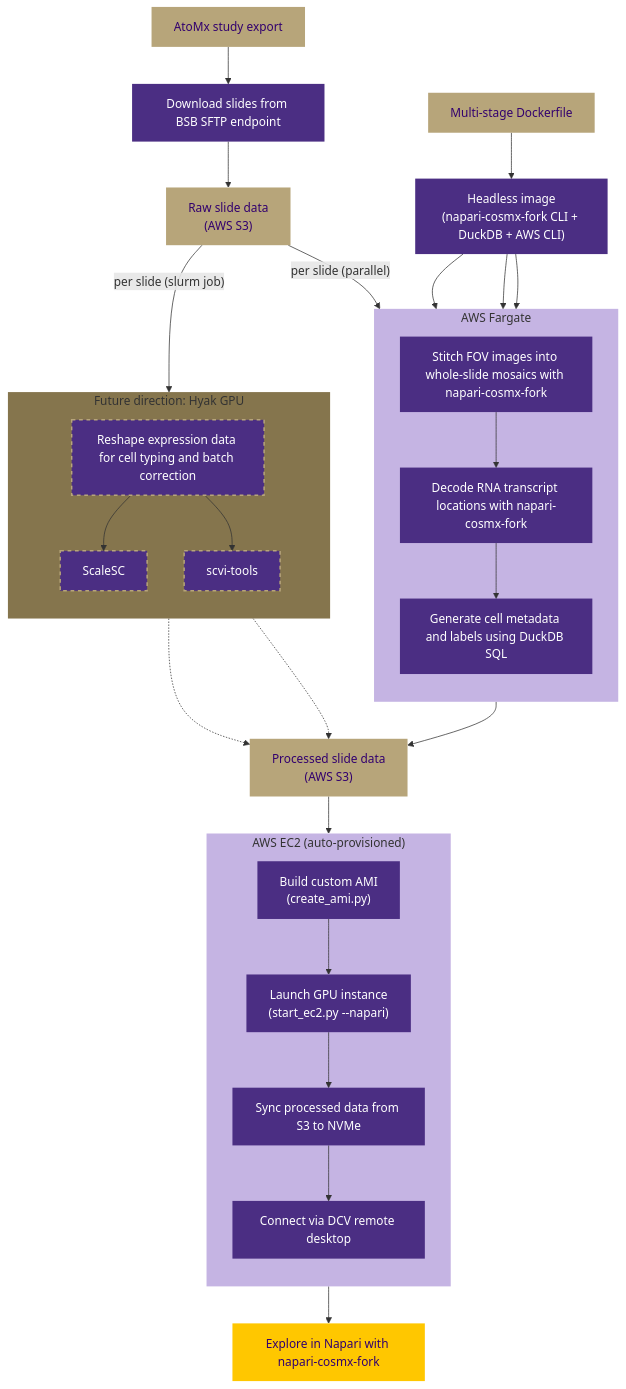
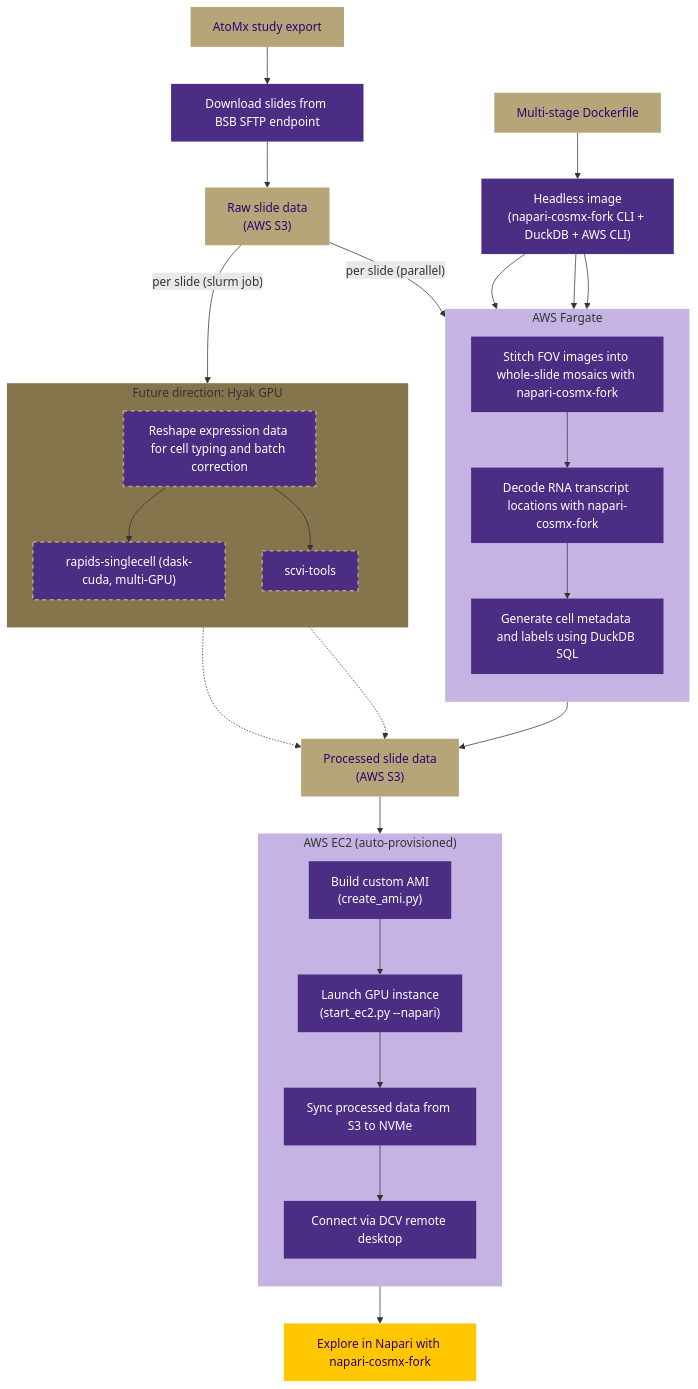
Before and after one commit to UW-BRaIN-lab/cosmx-utilities: the diagram in README.md, drawn with Mermaid. The commit also changed other lines of this file and 5 other files, not shown here.

First line of the commit message:
Switch container from ScaleSC to rapids-singlecell + dask-cuda

````diff
--- a/README.md
+++ b/README.md
@@ -11,61 +11,61 @@
 ```mermaid
 flowchart TD
     classDef action fill:#4b2e83,stroke:none,color:#ffffff
     classDef data fill:#b7a57a,stroke:none,color:#32006e
     classDef viewer fill:#ffc700,stroke:none,color:#32006e
     classDef futureAction fill:#4b2e83,stroke:#b7a57a,stroke-width:2px,stroke-dasharray: 5 5,color:#ffffff
 
     style fargate fill:#c5b4e3,stroke:none
     style ec2 fill:#c5b4e3,stroke:none
     style hyak fill:#85754d,stroke:none
 
     atomx["AtoMx study export"]:::data
     sftp["Download slides from BSB SFTP endpoint"]:::action
     s3raw["Raw slide data<br>(AWS S3)"]:::data
     s3out["Processed slide data<br>(AWS S3)"]:::data
     napari["Explore in Napari with napari-cosmx-fork"]:::viewer
 
     dockerfile["Multi-stage Dockerfile"]:::data
     headless["Headless image<br>(napari-cosmx-fork CLI + DuckDB + AWS CLI)"]:::action
 
     dockerfile --> headless
     headless --> stitch
     headless --> targets
     headless --> meta
 
     subgraph fargate["AWS Fargate"]
         direction TB
         stitch["Stitch FOV images into whole-slide mosaics with napari-cosmx-fork"]:::action
         targets["Decode RNA transcript locations with napari-cosmx-fork"]:::action
         meta["Generate cell metadata and labels using DuckDB SQL"]:::action
         stitch --> targets --> meta
     end
 
     subgraph ec2["AWS EC2 (auto-provisioned)"]
         direction TB
         ami["Build custom AMI<br>(create_ami.py)"]:::action
         launch["Launch GPU instance<br>(start_ec2.py --napari)"]:::action
         sync["Sync processed data from S3 to NVMe"]:::action
         dcv["Connect via DCV remote desktop"]:::action
         ami --> launch --> sync --> dcv
     end
 
     subgraph hyak["Future direction: Hyak GPU"]
         direction TB
         etl["Reshape expression data for cell typing and batch correction"]:::futureAction
-        scalesc["ScaleSC"]:::futureAction
+        rsc["rapids-singlecell (dask-cuda, multi-GPU)"]:::futureAction
         scvi["scvi-tools"]:::futureAction
-        etl --> scalesc
+        etl --> rsc
         etl --> scvi
     end
 
     atomx --> sftp
     sftp --> s3raw
     s3raw -- per slide (parallel) --> stitch
     meta --> s3out
     s3raw -- per slide (slurm job) --> etl
-    scalesc -.-> s3out
+    rsc -.-> s3out
     scvi -.-> s3out
     s3out --> launch
     dcv --> napari
 ```
````
